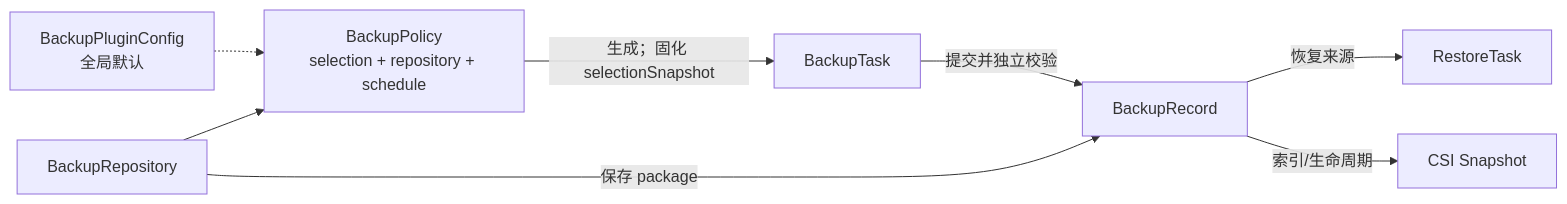
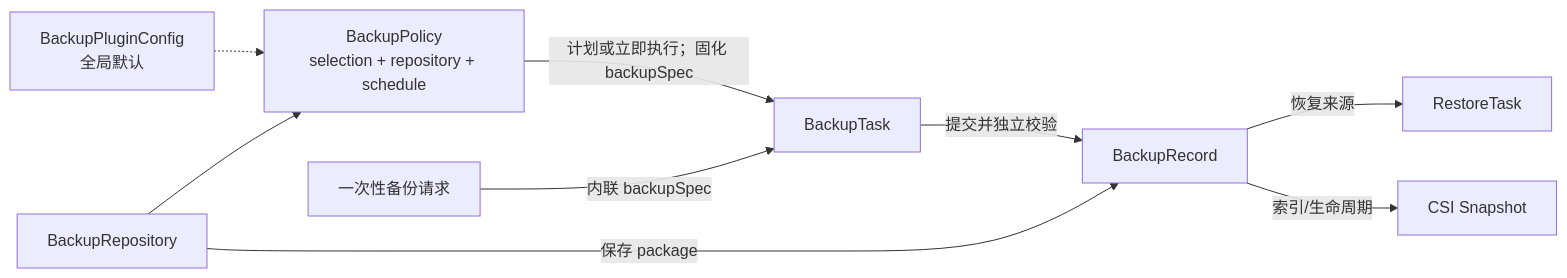
The diagram in docs/backup-restore/03-CRD对象设计.md (544129603/backup-restore), drawn with Mermaid before and after one commit. The commit also changed other lines of this file and 12 other files, not shown here.

````diff
--- a/docs/backup-restore/03-CRD对象设计.md
+++ b/docs/backup-restore/03-CRD对象设计.md
@@ -22,10 +22,11 @@
 ```mermaid
 flowchart LR
   C["BackupPluginConfig\n全局默认"] -.-> P["BackupPolicy\nselection + repository + schedule"]
   R["BackupRepository"] --> P
-  P -->|"生成；固化 selectionSnapshot"| T["BackupTask"]
+  P -->|"计划或立即执行；固化 backupSpec"| T["BackupTask"]
+  U["一次性备份请求"] -->|"内联 backupSpec"| T
   T -->|"提交并独立校验"| B["BackupRecord"]
   R -->|"保存 package"| B
   B -->|"恢复来源"| RT["RestoreTask"]
   B -->|"索引/生命周期"| VS["CSI Snapshot"]
 ```
````
